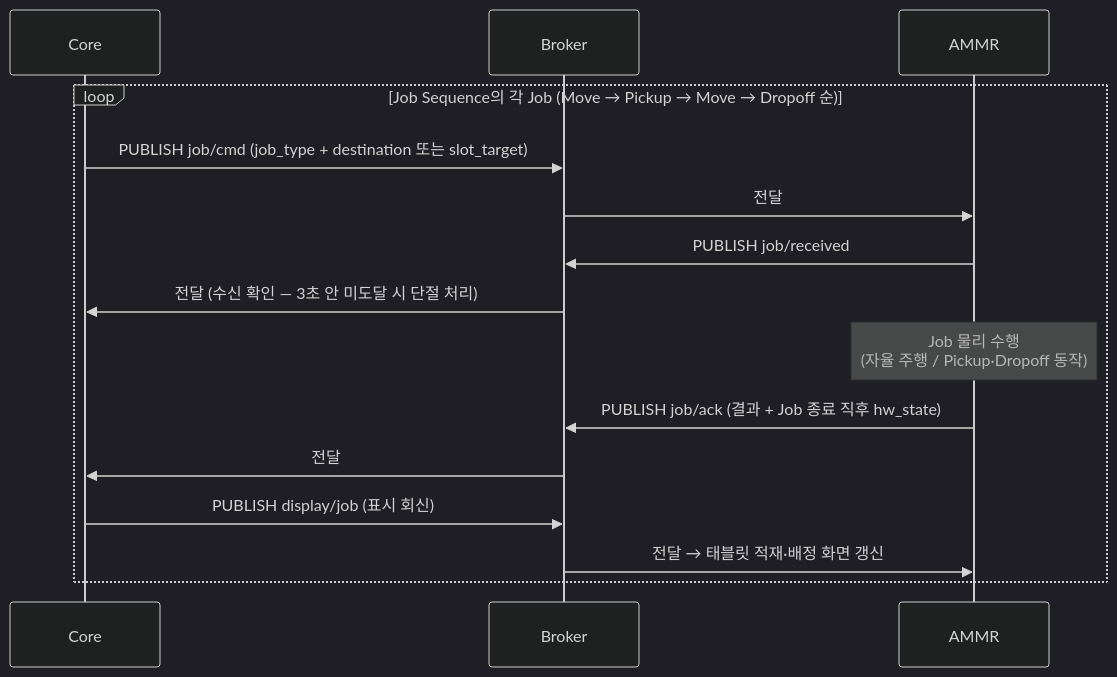
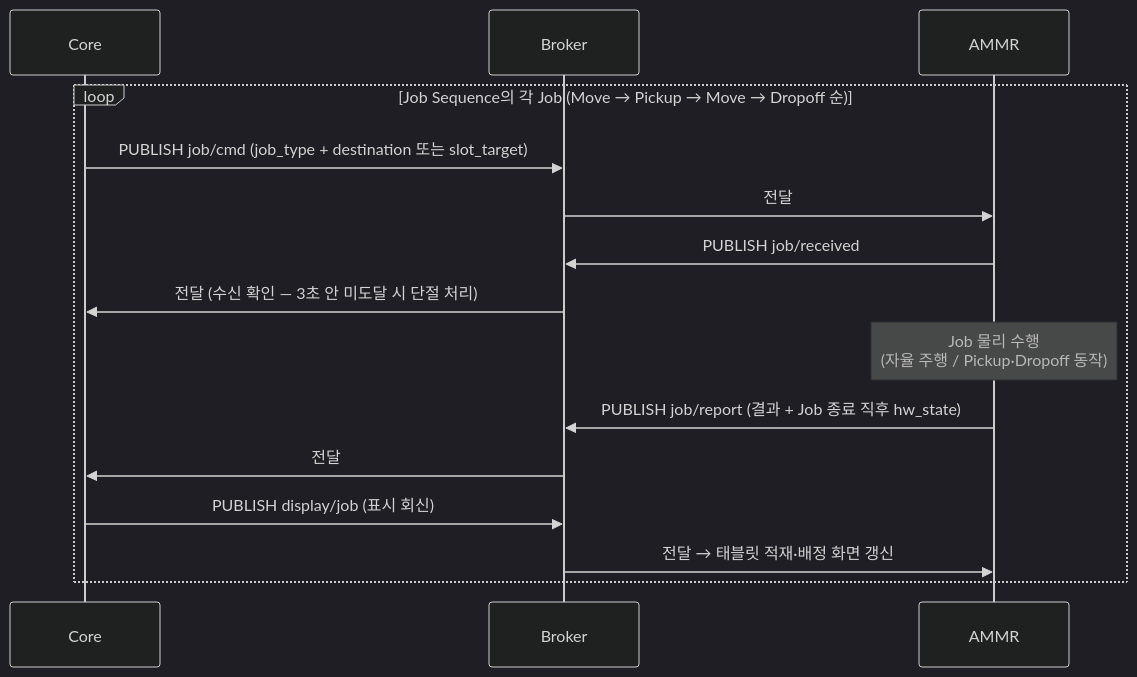
The seventh of 13 diagrams in docs/out/Core_ICD_AMMR.md (kimminsu0315/Core-Docs), drawn with Mermaid (dark theme) before and after one commit. The commit also changed other lines of this file and 5 other files, not shown here.

````diff
--- a/docs/out/Core_ICD_AMMR.md
+++ b/docs/out/Core_ICD_AMMR.md
@@ -1061,18 +1037,18 @@
 ```mermaid
 sequenceDiagram
     participant C as Core
     participant B as Broker
     participant A as AMMR
 
     loop Job Sequence의 각 Job (Move → Pickup → Move → Dropoff 순)
         C->>B: PUBLISH job/cmd (job_type + destination 또는 slot_target)
         B->>A: 전달
         A->>B: PUBLISH job/received
         B->>C: 전달 (수신 확인 — 3초 안 미도달 시 단절 처리)
         Note over A: Job 물리 수행<br/>(자율 주행 / Pickup·Dropoff 동작)
-        A->>B: PUBLISH job/ack (결과 + Job 종료 직후 hw_state)
+        A->>B: PUBLISH job/report (결과 + Job 종료 직후 hw_state)
         B->>C: 전달
         C->>B: PUBLISH display/job (표시 회신)
         B->>A: 전달 → 태블릿 적재·배정 화면 갱신
     end
 ```
````
